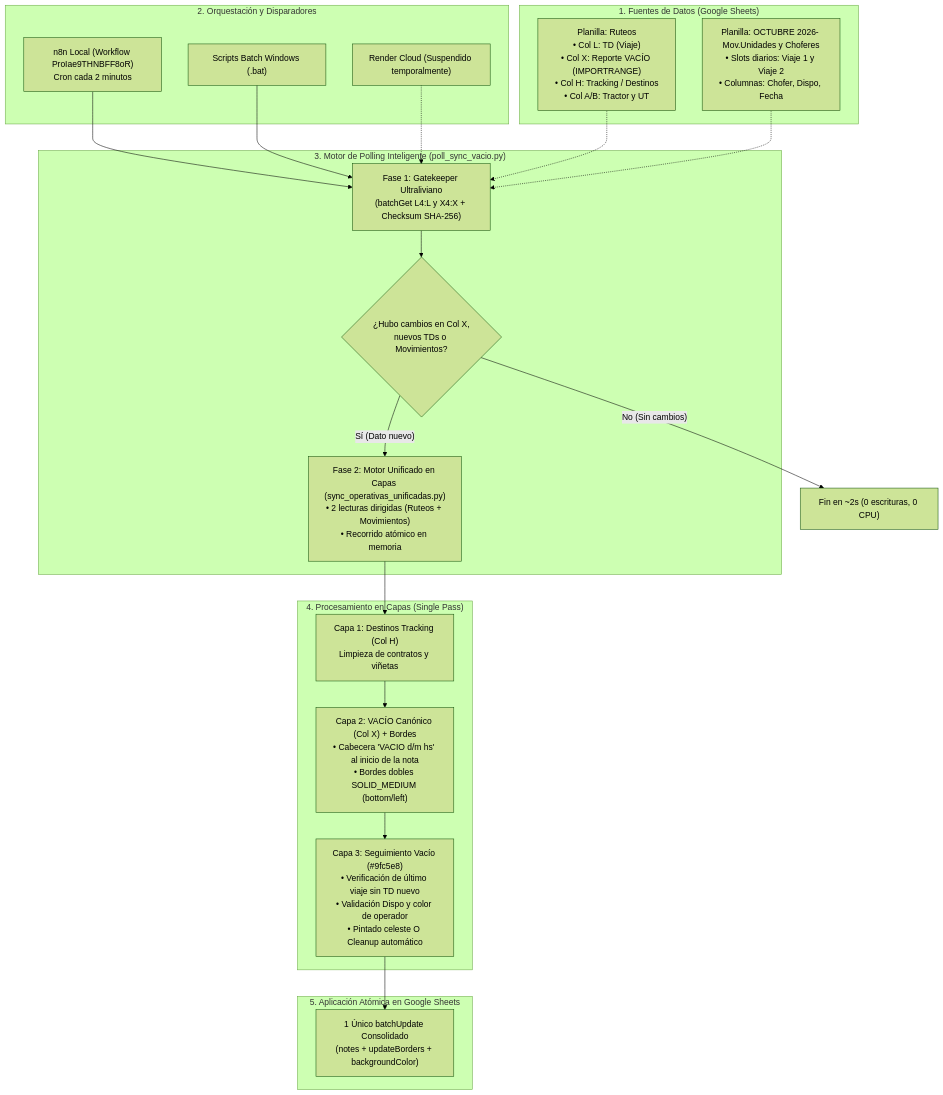
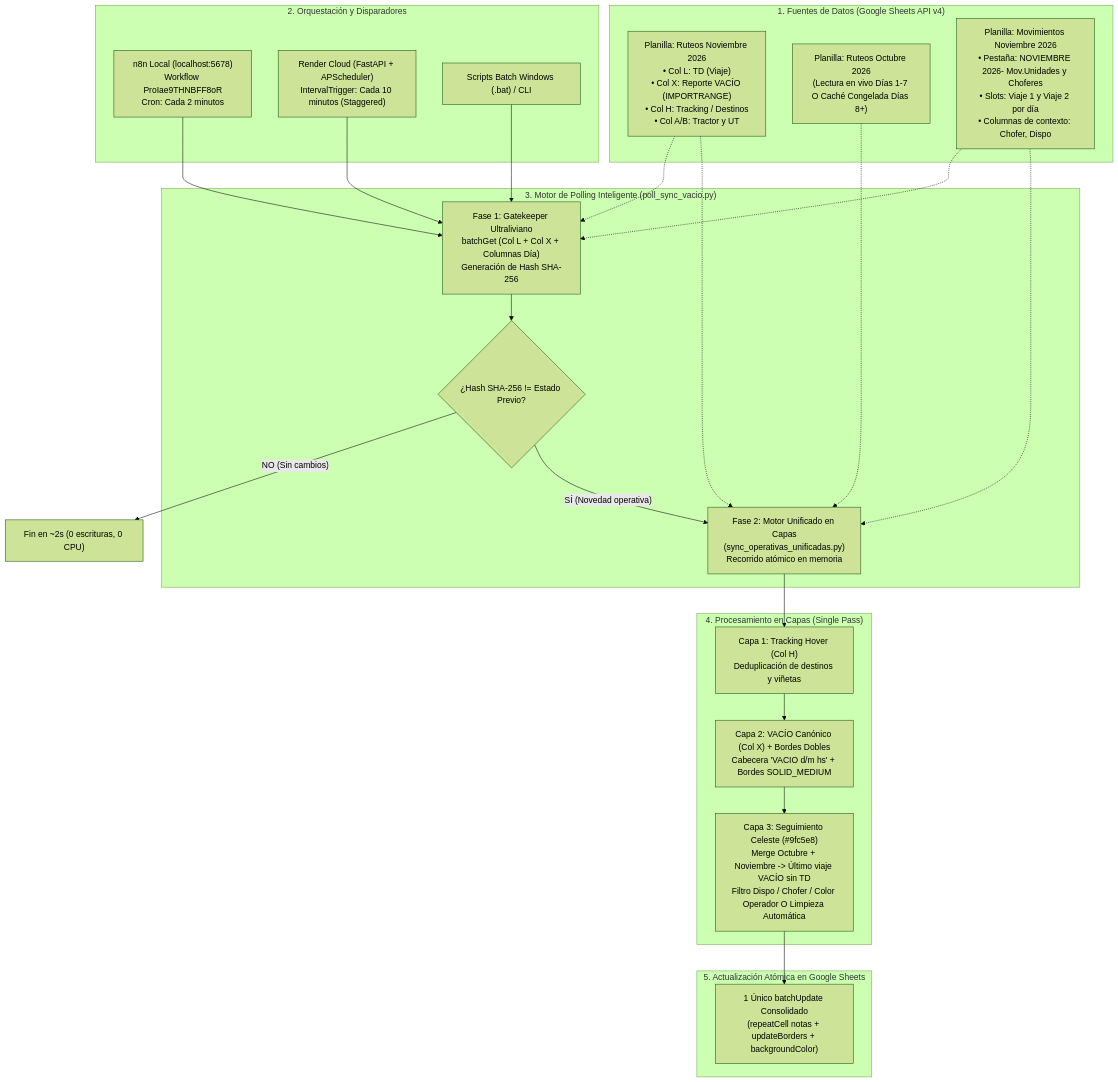
Before and after one commit to matiENA/logistica-monorepo: the diagram in services/master-service/python_engine/README.md, drawn with Mermaid (forest theme). The commit also changed other lines of this file and 16 other files, not shown here.

````diff
--- a/services/master-service/python_engine/README.md
+++ b/services/master-service/python_engine/README.md
@@ -27,44 +25,49 @@
 ```mermaid
 flowchart TD
-    subgraph Fuentes ["1. Fuentes de Datos (Google Sheets)"]
-        Ruteos["Planilla: Ruteos<br/>• Col L: TD (Viaje)<br/>• Col X: Reporte VACÍO (IMPORTRANGE)<br/>• Col H: Tracking / Destinos<br/>• Col A/B: Tractor y UT"]
-        Movimientos["Planilla: OCTUBRE 2026- Mov.Unidades y Choferes<br/>• Slots diarios: Viaje 1 y Viaje 2<br/>• Columnas: Chofer, Dispo, Fecha"]
+    subgraph Fuentes ["1. Fuentes de Datos (Google Sheets API v4)"]
+        RuteosNov["Planilla: Ruteos Noviembre 2026<br/>• Col L: TD (Viaje)<br/>• Col X: Reporte VACÍO (IMPORTRANGE)<br/>• Col H: Tracking / Destinos<br/>• Col A/B: Tractor y UT"]
+        RuteosOct["Planilla: Ruteos Octubre 2026<br/>(Lectura en vivo Días 1-7 O Caché Congelada Días 8+)"]
+        Movimientos["Planilla: Movimientos Noviembre 2026<br/>• Pestaña: NOVIEMBRE 2026- Mov.Unidades y Choferes<br/>• Slots: Viaje 1 y Viaje 2 por día<br/>• Columnas de contexto: Chofer, Dispo"]
     end
 
-    subgraph Orquestacion ["2. Orquestación y Disparadores"]
-        CronN8N["n8n Local (Workflow ProIae9THNBFF8oR)<br/>Cron cada 2 minutos"]
-        BatchLocal["Scripts Batch Windows (.bat)"]
-        FastAPI["Render Cloud (Suspendido temporalmente)"]
+    subgraph Orquestadores ["2. Orquestación y Disparadores"]
+        N8N["n8n Local (localhost:5678)<br/>Workflow ProIae9THNBFF8oR<br/>Cron: Cada 2 minutos"]
+        Render["Render Cloud (FastAPI + APScheduler)<br/>IntervalTrigger: Cada 10 minutos (Staggered)"]
+        ManualBatch["Scripts Batch Windows (.bat) / CLI"]
     end
 
-    subgraph PollingEngine ["3. Motor de Polling Inteligente (poll_sync_vacio.py)"]
-        Fase1["Fase 1: Gatekeeper Ultraliviano<br/>(batchGet L4:L y X4:X + Checksum SHA-256)"]
-        Check{"¿Hubo cambios en Col X,<br/>nuevos TDs o Movimientos?"}
-        Fase2["Fase 2: Motor Unificado en Capas (sync_operativas_unificadas.py)<br/>• 2 lecturas dirigidas (Ruteos + Movimientos)<br/>• Recorrido atómico en memoria"]
+    subgraph PollingCore ["3. Motor de Polling Inteligente (poll_sync_vacio.py)"]
+        Fase1["Fase 1: Gatekeeper Ultraliviano<br/>batchGet (Col L + Col X + Columnas Día)<br/>Generación de Hash SHA-256"]
+        CheckHash{"¿Hash SHA-256 != Estado Previo?"}
+        Fase2["Fase 2: Motor Unificado en Capas<br/>(sync_operativas_unificadas.py)<br/>Recorrido atómico en memoria"]
     end
 
     subgraph CapasProcesamiento ["4. Procesamiento en Capas (Single Pass)"]
-        Capa1["Capa 1: Destinos Tracking (Col H)<br/>Limpieza de contratos y viñetas"]
-        Capa2["Capa 2: VACÍO Canónico (Col X) + Bordes<br/>• Cabecera 'VACIO d/m hs' al inicio de la nota<br/>• Bordes dobles SOLID_MEDIUM (bottom/left)"]
-        Capa3["Capa 3: Seguimiento Vacío (#9fc5e8)<br/>• Verificación de último viaje sin TD nuevo<br/>• Validación Dispo y color de operador<br/>• Pintado celeste O Cleanup automático"]
+        Capa1["Capa 1: Tracking Hover (Col H)<br/>Deduplicación de destinos y viñetas"]
+        Capa2["Capa 2: VACÍO Canónico (Col X) + Bordes Dobles<br/>Cabecera 'VACIO d/m hs' + Bordes SOLID_MEDIUM"]
+        Capa3["Capa 3: Seguimiento Celeste (#9fc5e8)<br/>Merge Octubre + Noviembre -> Último viaje VACÍO sin TD<br/>Filtro Dispo / Chofer / Color Operador O Limpieza Automática"]
     end
 
-    subgraph Salida ["5. Aplicación Atómica en Google Sheets"]
-        AtomicBatch["1 Único batchUpdate Consolidado<br/>(notes + updateBorders + backgroundColor)"]
+    subgraph SalidaGoogle ["5. Actualización Atómica en Google Sheets"]
+        BatchConsolidado["1 Único batchUpdate Consolidado<br/>(repeatCell notas + updateBorders + backgroundColor)"]
     end
 
-    CronN8N --> Fase1
-    BatchLocal --> Fase1
-    FastAPI -.-> Fase1
+    N8N --> Fase1
+    Render --> Fase1
+    ManualBatch --> Fase1
 
-    Ruteos -.-> Fase1
+    RuteosNov -.-> Fase1
     Movimientos -.-> Fase1
-    Fase1 --> Check
-    Check -- "No (Sin cambios)" --> Fin["Fin en ~2s (0 escrituras, 0 CPU)"]
-    Check -- "Sí (Dato nuevo)" --> Fase2
+    Fase1 --> CheckHash
+    CheckHash -- "NO (Sin cambios)" --> FinRapido["Fin en ~2s (0 escrituras, 0 CPU)"]
+    CheckHash -- "SÍ (Novedad operativa)" --> Fase2
+
+    RuteosNov -.-> Fase2
+    RuteosOct -.-> Fase2
+    Movimientos -.-> Fase2
 
     Fase2 --> Capa1
     Capa1 --> Capa2
     Capa2 --> Capa3
-    Capa3 --> AtomicBatch
+    Capa3 --> BatchConsolidado
 ```
````
